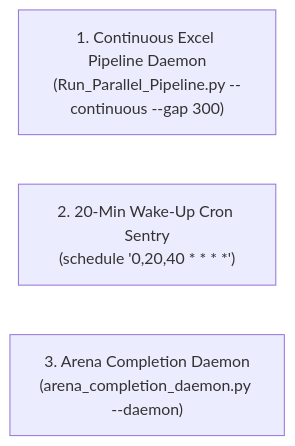
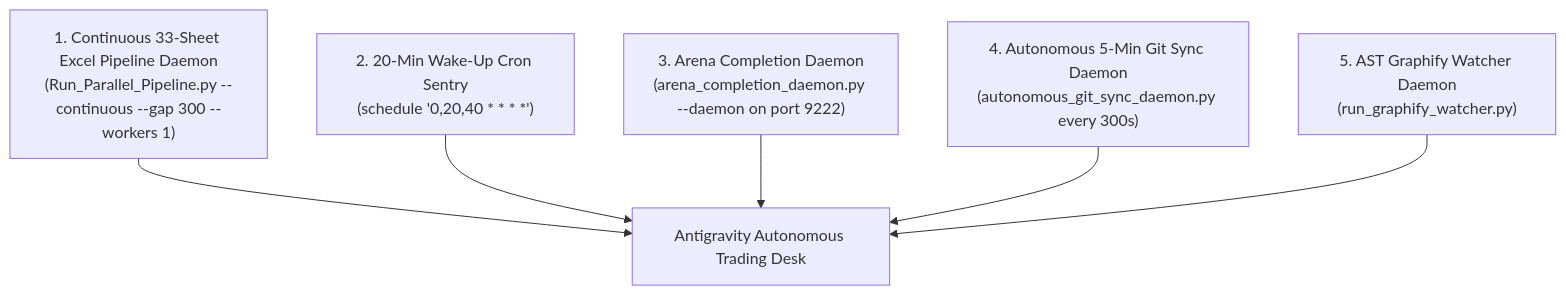
The diagram in Data/Manditory/README.md (kbsingh1399/Trading_2), drawn with Mermaid before and after one commit. The commit also changed other lines of this file and 10 other files, not shown here.

Commit message:
feat(sync): autonomous 5-minute workspace sync [as_of 2026-10-22 14:21:33 UTC]

````diff
--- a/Data/Manditory/README.md
+++ b/Data/Manditory/README.md
@@ -34,6 +34,14 @@
 ```mermaid
-flowchart LR
-    D1["1. Continuous Excel Pipeline Daemon<br/>(Run_Parallel_Pipeline.py --continuous --gap 300)"]
+flowchart TD
+    D1["1. Continuous 33-Sheet Excel Pipeline Daemon<br/>(Run_Parallel_Pipeline.py --continuous --gap 300 --workers 1)"]
     D2["2. 20-Min Wake-Up Cron Sentry<br/>(schedule '0,20,40 * * * *')"]
-    D3["3. Arena Completion Daemon<br/>(arena_completion_daemon.py --daemon)"]
+    D3["3. Arena Completion Daemon<br/>(arena_completion_daemon.py --daemon on port 9222)"]
+    D4["4. Autonomous 5-Min Git Sync Daemon<br/>(autonomous_git_sync_daemon.py every 300s)"]
+    D5["5. AST Graphify Watcher Daemon<br/>(run_graphify_watcher.py)"]
+
+    D1 --> Desk["Antigravity Autonomous Trading Desk"]
+    D2 --> Desk
+    D3 --> Desk
+    D4 --> Desk
+    D5 --> Desk
 ```
````
